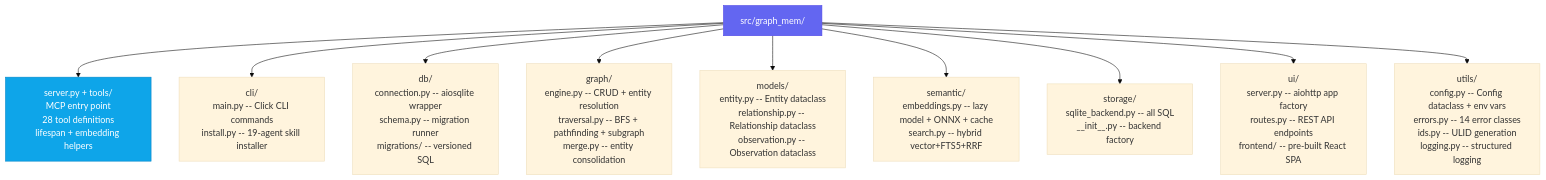
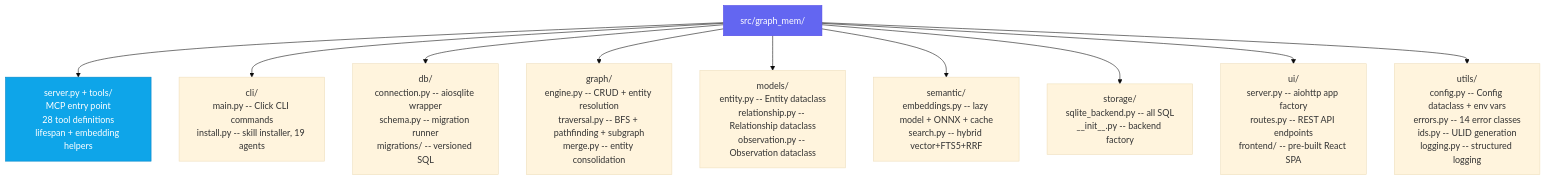
One commit to Sathvik-1007/GraphMem-MCP changed the eighth of 10 diagrams in how-it-works.md. Above: the diagram before and after it, drawn with Mermaid (base theme). The commit also changed other lines of this file and 3 other files, not shown here.

First line of the commit message:
fix(cli): verify install paths against vendor docs, fix 8 wrong ones

````diff
--- a/how-it-works.md
+++ b/how-it-works.md
@@ -327,27 +327,27 @@
 ```mermaid
 graph TD
     Root["src/graph_mem/"]
 
     Entry["server.py + tools/<br/>MCP entry point<br/>28 tool definitions<br/>lifespan + embedding helpers"]
-    CLI["cli/<br/>main.py -- Click CLI commands<br/>install.py -- 19-agent skill installer"]
+    CLI["cli/<br/>main.py -- Click CLI commands<br/>install.py -- skill installer, 19 agents"]
     DB["db/<br/>connection.py -- aiosqlite wrapper<br/>schema.py -- migration runner<br/>migrations/ -- versioned SQL"]
     GraphMod["graph/<br/>engine.py -- CRUD + entity resolution<br/>traversal.py -- BFS + pathfinding + subgraph<br/>merge.py -- entity consolidation"]
     Models["models/<br/>entity.py -- Entity dataclass<br/>relationship.py -- Relationship dataclass<br/>observation.py -- Observation dataclass"]
     SemanticMod["semantic/<br/>embeddings.py -- lazy model + ONNX + cache<br/>search.py -- hybrid vector+FTS5+RRF"]
     StorageMod["storage/<br/>sqlite_backend.py -- all SQL<br/>__init__.py -- backend factory"]
     UIMod["ui/<br/>server.py -- aiohttp app factory<br/>routes.py -- REST API endpoints<br/>frontend/ -- pre-built React SPA"]
     Utils["utils/<br/>config.py -- Config dataclass + env vars<br/>errors.py -- 14 error classes<br/>ids.py -- ULID generation<br/>logging.py -- structured logging"]
 
     Root --> Entry
     Root --> CLI
     Root --> DB
     Root --> GraphMod
     Root --> Models
     Root --> SemanticMod
     Root --> StorageMod
     Root --> UIMod
     Root --> Utils
 
     style Root fill:#6366f1,stroke:#4f46e5,color:#fff
     style Entry fill:#0ea5e9,stroke:#0284c7,color:#fff
 ```
````
